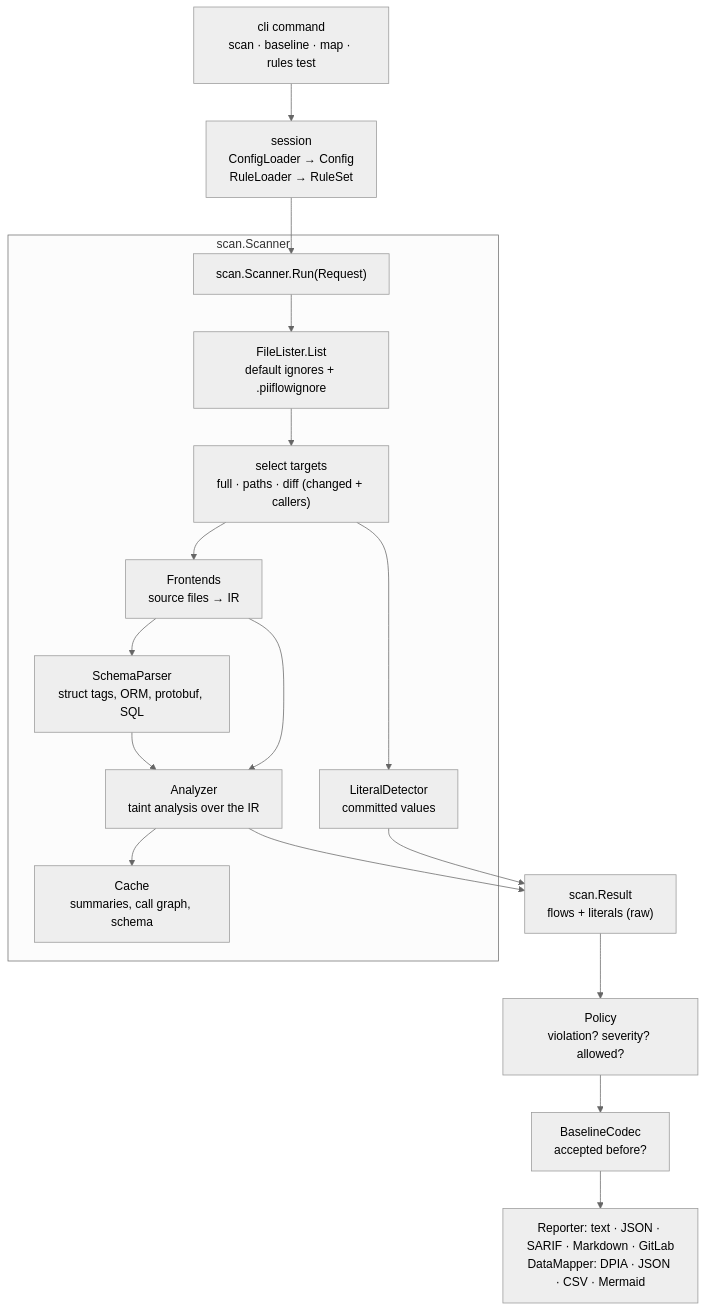
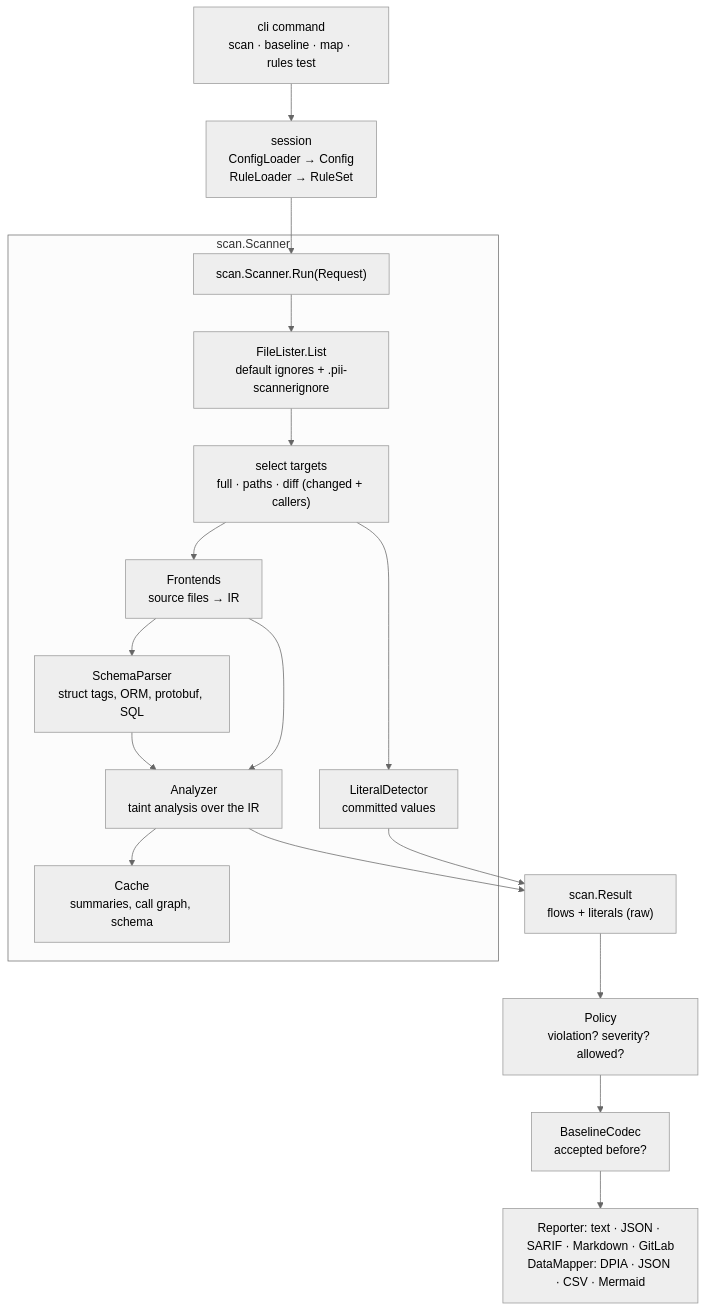
Before and after one commit to GoNetTools/datawarden: the first of 4 diagrams in docs/ARCHITECTURE.md, drawn with Mermaid (neutral theme). The commit also changed other lines of this file and 113 other files, not shown here.

````diff
--- a/docs/ARCHITECTURE.md
+++ b/docs/ARCHITECTURE.md
@@ -29,22 +29,22 @@
 ```mermaid
 flowchart TD
     CMD["cli command<br/>scan · baseline · map · rules test"] --> SESSION["session<br/>ConfigLoader → Config<br/>RuleLoader → RuleSet"]
     SESSION --> RUN["scan.Scanner.Run(Request)"]
 
     subgraph SCANNER ["scan.Scanner"]
-        RUN --> LIST["FileLister.List<br/>default ignores + .piiflowignore"]
+        RUN --> LIST["FileLister.List<br/>default ignores + .pii-scannerignore"]
         LIST --> SELECT["select targets<br/>full · paths · diff (changed + callers)"]
         SELECT --> LIT["LiteralDetector<br/>committed values"]
         SELECT --> FE["Frontends<br/>source files → IR"]
         FE --> SCHEMA["SchemaParser<br/>struct tags, ORM, protobuf, SQL"]
         FE --> AN["Analyzer<br/>taint analysis over the IR"]
         SCHEMA --> AN
         AN --> CACHE["Cache<br/>summaries, call graph, schema"]
     end
 
     LIT --> RESULT["scan.Result<br/>flows + literals (raw)"]
     AN --> RESULT
     RESULT --> POLICY["Policy<br/>violation? severity? allowed?"]
     POLICY --> BASE["BaselineCodec<br/>accepted before?"]
     BASE --> OUT["Reporter: text · JSON · SARIF · Markdown · GitLab<br/>DataMapper: DPIA · JSON · CSV · Mermaid"]
 ```
````
